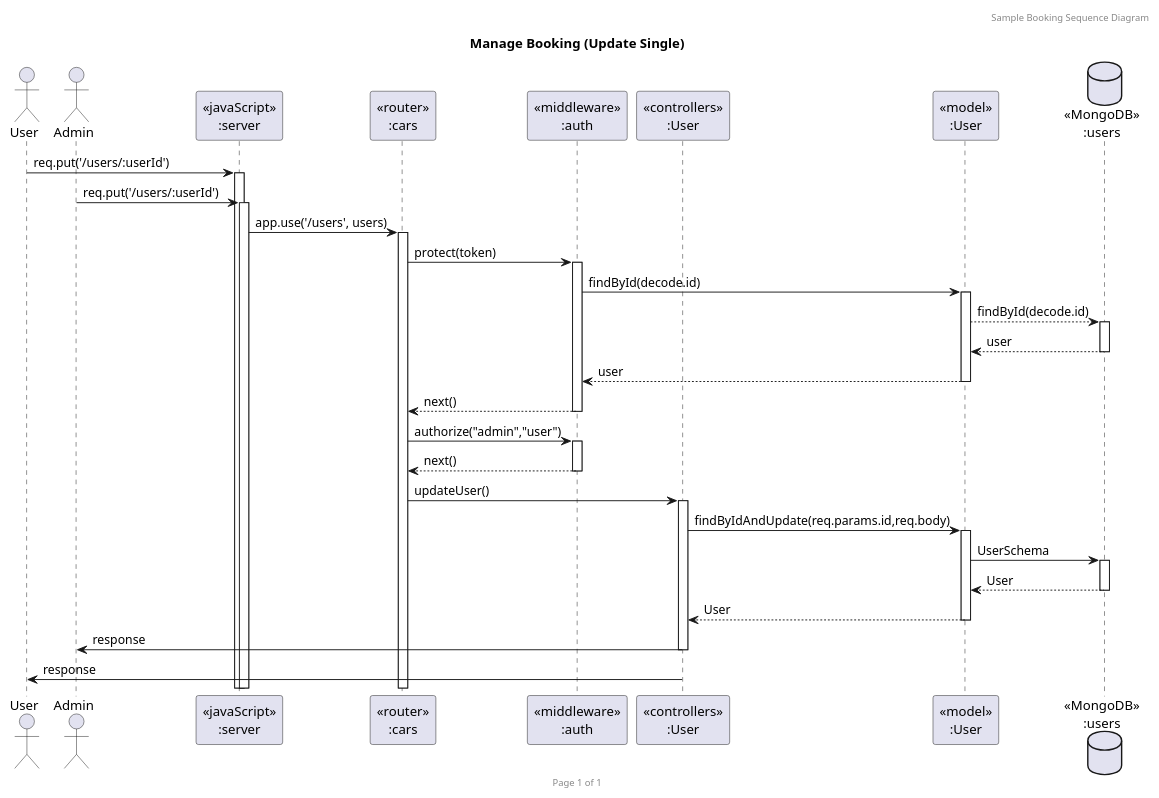
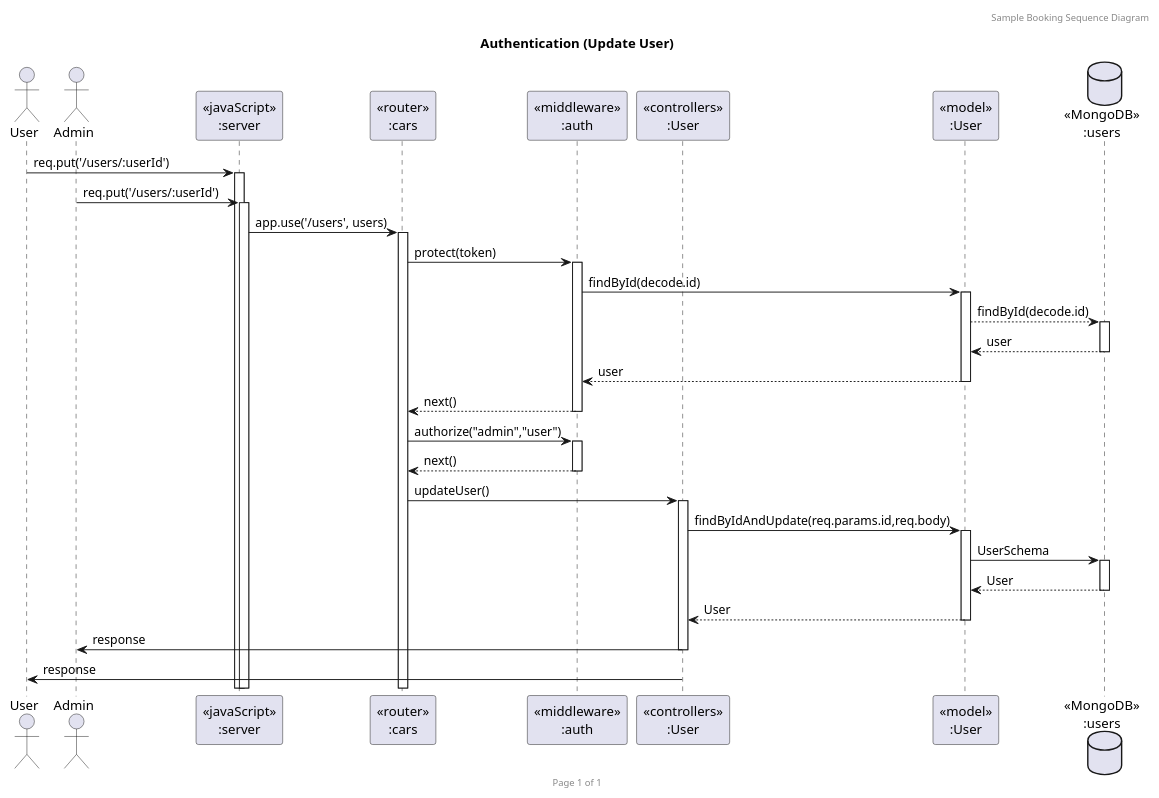
Before and after one commit to tahphalat/Backend-for-fe-project: the diagram in documents/Sequence/Auth_/UpdateUser.puml, drawn with PlantUML. The commit also changed 12 other files, not shown here.

Commit message:
satang adjust documents and plant uml files

```diff
--- a/documents/Sequence/Auth_/UpdateUser.puml
+++ b/documents/Sequence/Auth_/UpdateUser.puml
@@ -1,48 +1,48 @@
-@startuml Manage Booking (Update Single)
+@startuml Authentication (Update User)
 
 header Sample Booking Sequence Diagram
 footer Page %page% of %lastpage%
-title "Manage Booking (Update Single)"
+title "Authentication (Update User)"
 
 ' --------------------------------------------------------------------
 actor "User" as user
 actor "Admin" as admin
 participant "<<javaScript>>\n:server" as server
 participant "<<router>>\n:cars" as routerUsers
 participant "<<middleware>>\n:auth" as middlewareAuth
 participant "<<controllers>>\n:User" as controllersUsers
 participant "<<model>>\n:User" as modelUser
 database "<<MongoDB>>\n:users" as UsersDatabase
 
 ' --------------------------------------------------------------------
 user -> server ++: req.put('/users/:userId')
 admin -> server ++: req.put('/users/:userId')
 
 server -> routerUsers ++: app.use('/users', users)
 routerUsers ->middlewareAuth ++: protect(token)
 middlewareAuth -> modelUser ++: findById(decode.id)
 modelUser --> UsersDatabase ++: findById(decode.id)
 modelUser <-- UsersDatabase --: user
 
 middlewareAuth <-- modelUser --:user
 
 routerUsers <-- middlewareAuth --: next()
 
 
 routerUsers -> middlewareAuth ++: authorize("admin","user")
 routerUsers <-- middlewareAuth --: next()
 
 routerUsers -> controllersUsers ++: updateUser()
 
 controllersUsers -> modelUser ++: findByIdAndUpdate(req.params.id,req.body)
 
 modelUser -> UsersDatabase ++: UserSchema
 UsersDatabase --> modelUser --: User
 controllersUsers <-- modelUser --: User
 controllersUsers -> admin --: response
 controllersUsers -> user --: response
 
 
 
 ' --------------------------------------------------------------------
 @enduml
```
